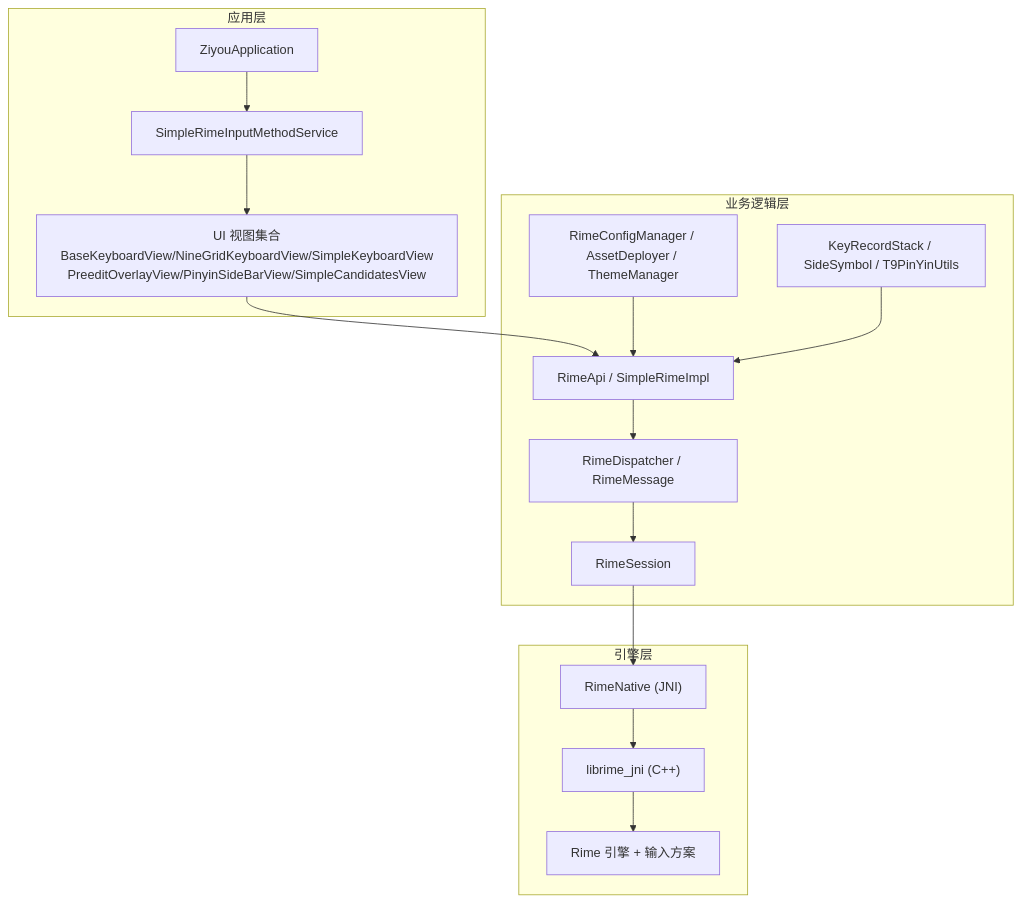
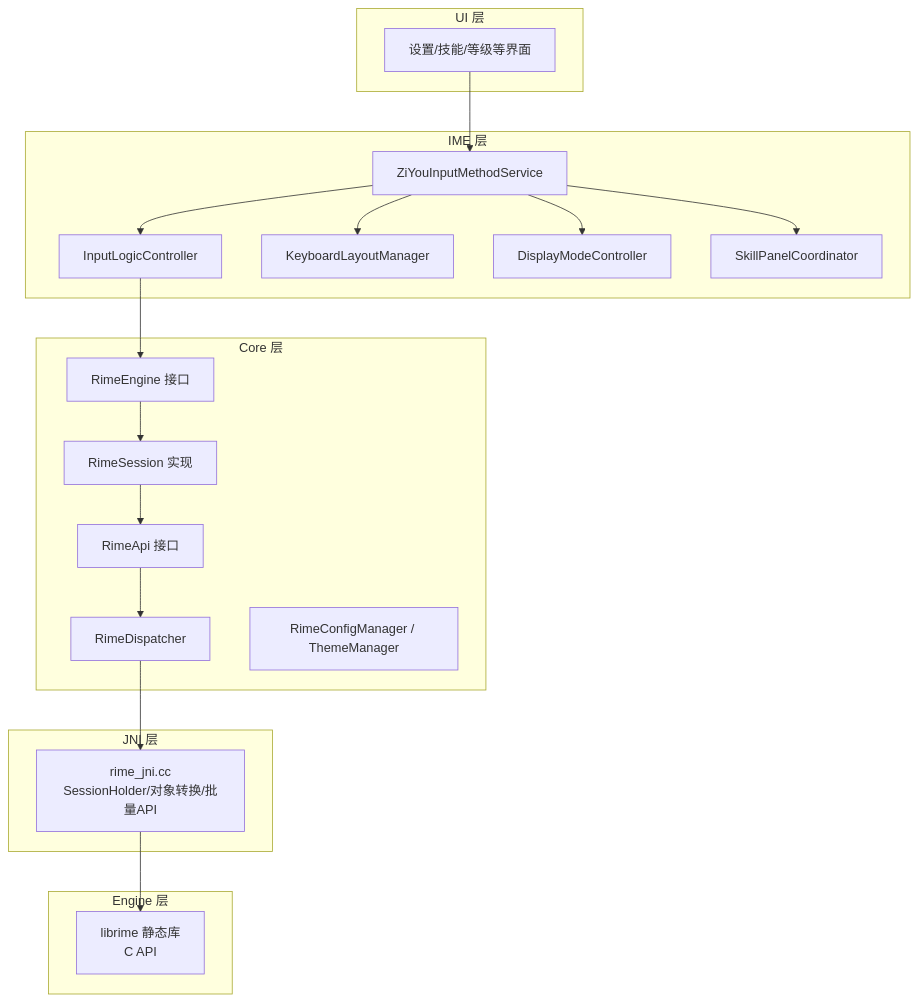
One commit to qiaodashaoye/ziyou-ime changed the second of 9 diagrams in .qoder/repowiki/zh/content/架构设计/整体架构概览.md. Above: the diagram before and after it, drawn with Mermaid. The commit also changed other lines of this file and 407 other files, not shown here.

````diff
--- a/.qoder/repowiki/zh/content/架构设计/整体架构概览.md
+++ b/.qoder/repowiki/zh/content/架构设计/整体架构概览.md
@@ -63,27 +83,37 @@
 ```mermaid
 graph TB
-subgraph "应用层"
-A["ZiyouApplication"] --> B["SimpleRimeInputMethodService"]
-B --> C["UI 视图集合<br/>BaseKeyboardView/NineGridKeyboardView/SimpleKeyboardView<br/>PreeditOverlayView/PinyinSideBarView/SimpleCandidatesView"]
+subgraph "UI 层"
+UI["设置/技能/等级等界面"]
 end
-subgraph "业务逻辑层"
-D["RimeApi / SimpleRimeImpl"]
-E["RimeDispatcher / RimeMessage"]
-F["RimeSession"]
-G["RimeConfigManager / AssetDeployer / ThemeManager"]
-H["KeyRecordStack / SideSymbol / T9PinYinUtils"]
+subgraph "IME 层"
+IMS["ZiYouInputMethodService"]
+IL["InputLogicController"]
+KLM["KeyboardLayoutManager"]
+DMC["DisplayModeController"]
+SPC["SkillPanelCoordinator"]
 end
-subgraph "引擎层"
-I["RimeNative (JNI)"]
-J["librime_jni (C++)"]
-K["Rime 引擎 + 输入方案"]
+subgraph "Core 层"
+RE["RimeEngine 接口"]
+RS["RimeSession 实现"]
+RA["RimeApi 接口"]
+RD["RimeDispatcher"]
+CFG["RimeConfigManager / ThemeManager"]
 end
-C --> D
-D --> E
-E --> F
-F --> I
-I --> J
-J --> K
-G --> D
-H --> D
+subgraph "JNI 层"
+JNI["rime_jni.cc<br/>SessionHolder/对象转换/批量API"]
+end
+subgraph "Engine 层"
+LIB["librime 静态库<br/>C API"]
+end
+UI --> IMS
+IMS --> IL
+IMS --> KLM
+IMS --> DMC
+IMS --> SPC
+IL --> RE
+RE --> RS
+RS --> RA
+RA --> RD
+RD --> JNI
+JNI --> LIB
 ```
````
